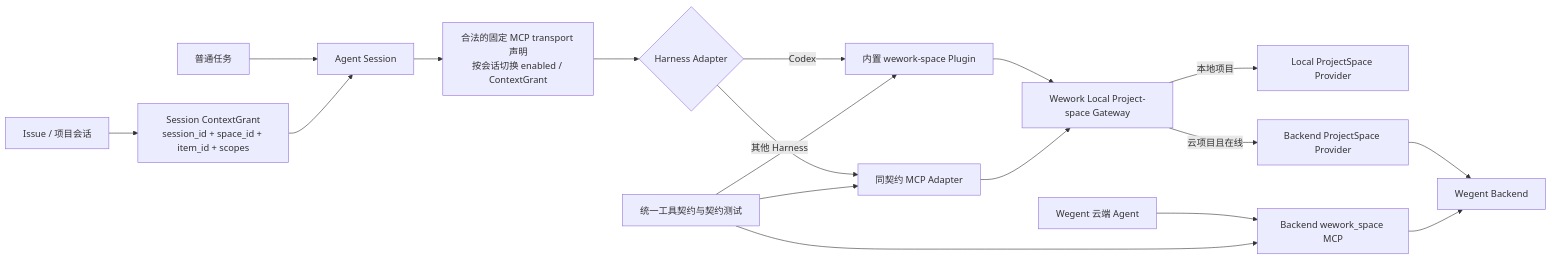
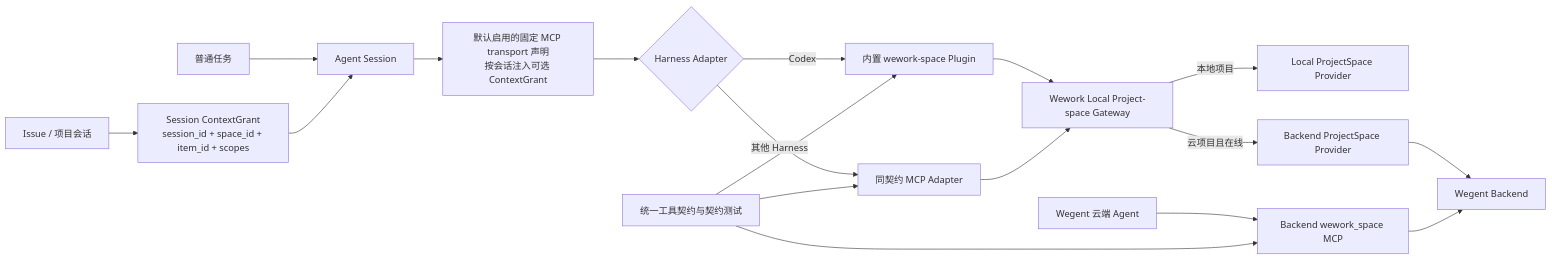
Before and after one commit to wecode-ai/Wegent: the first of 2 diagrams in docs/zh/architecture/project-space-agent-capability.md, drawn with Mermaid. The commit also changed other lines of this file and 4 other files, not shown here.

````diff
--- a/docs/zh/architecture/project-space-agent-capability.md
+++ b/docs/zh/architecture/project-space-agent-capability.md
@@ -9,20 +9,20 @@
 ```mermaid
 flowchart LR
     ISSUE[Issue / 项目会话] --> GRANT[Session ContextGrant<br/>session_id + space_id + item_id + scopes]
     GENERIC[普通任务] --> SESSION[Agent Session]
     GRANT --> SESSION
-    SESSION --> DECLARATION[合法的固定 MCP transport 声明<br/>按会话切换 enabled / ContextGrant]
+    SESSION --> DECLARATION[默认启用的固定 MCP transport 声明<br/>按会话注入可选 ContextGrant]
     DECLARATION --> ADAPTER{Harness Adapter}
     ADAPTER -->|Codex| PLUGIN[内置 wework-space Plugin]
     ADAPTER -->|其他 Harness| MCP_ADAPTER[同契约 MCP Adapter]
     PLUGIN --> GATEWAY[Wework Local Project-space Gateway]
     MCP_ADAPTER --> GATEWAY
     GATEWAY -->|本地项目| LOCAL[Local ProjectSpace Provider]
     GATEWAY -->|云项目且在线| REMOTE[Backend ProjectSpace Provider]
     REMOTE --> BACKEND[Wegent Backend]
     CLOUD[Wegent 云端 Agent] --> BACKEND_MCP[Backend wework_space MCP]
     BACKEND_MCP --> BACKEND
     CONTRACT[统一工具契约与契约测试] --> PLUGIN
     CONTRACT --> MCP_ADAPTER
     CONTRACT --> BACKEND_MCP
 ```
````
